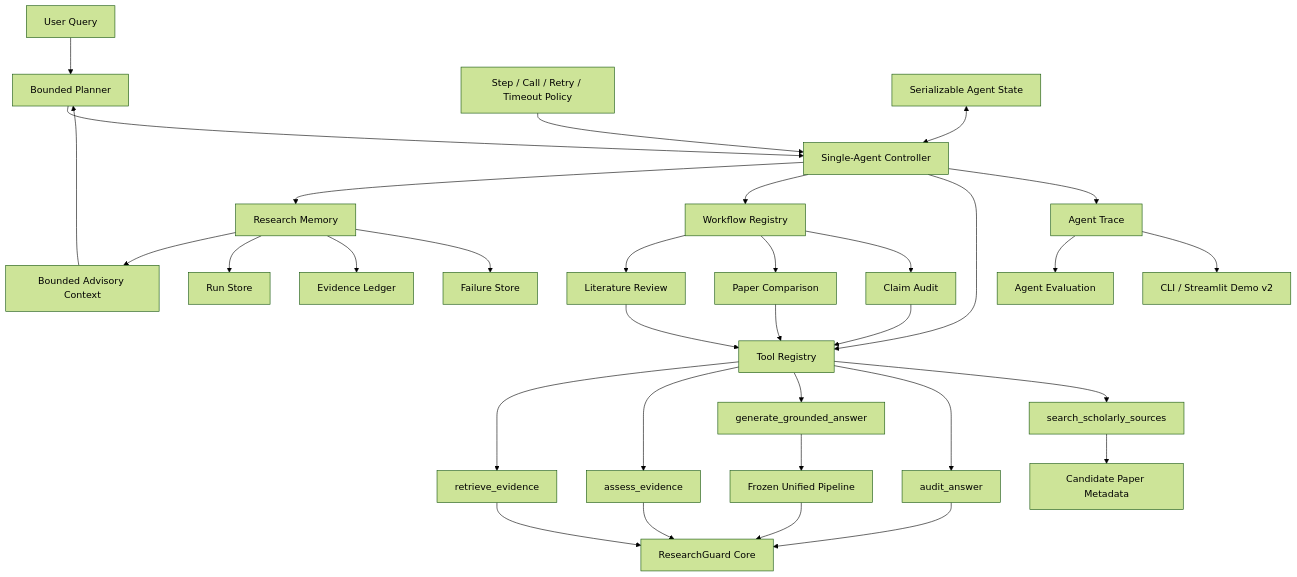
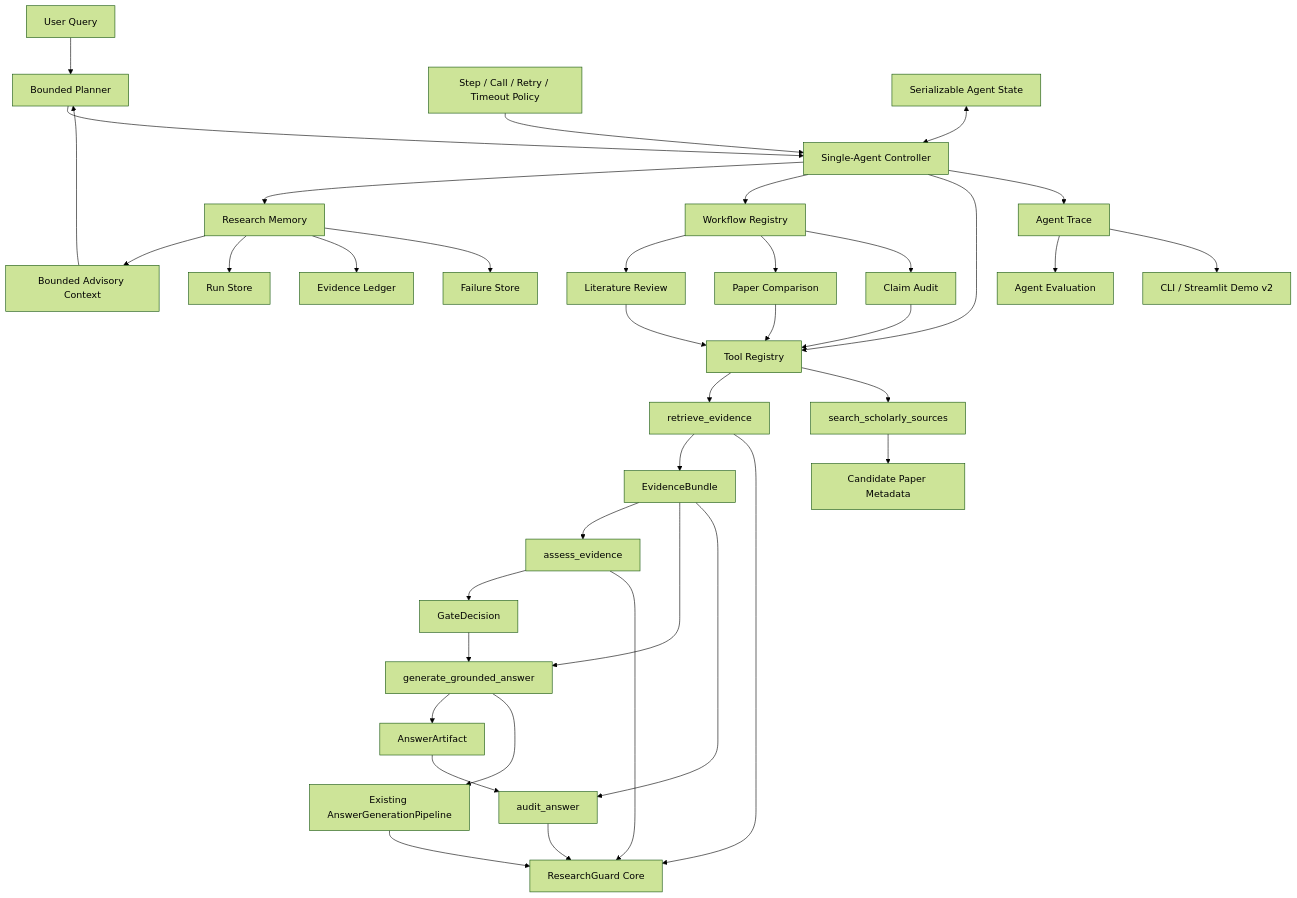
The second of 2 diagrams in README.md (Xzh1844963039/ResearchGuard-Agent), drawn with Mermaid (forest theme) before and after one commit. The commit also changed other lines of this file and 38 other files, not shown here.

````diff
--- a/README.md
+++ b/README.md
@@ -35,35 +35,40 @@
 ```mermaid
 flowchart TD
     Query["User Query"] --> Planner["Bounded Planner"]
     Planner --> Controller["Single-Agent Controller"]
     Policy["Step / Call / Retry / Timeout Policy"] --> Controller
     State["Serializable Agent State"] <--> Controller
     Controller --> Memory["Research Memory"]
     Memory --> Context["Bounded Advisory Context"]
     Context --> Planner
     Memory --> RunStore["Run Store"]
     Memory --> Ledger["Evidence Ledger"]
     Memory --> FailureStore["Failure Store"]
     Controller --> WorkflowRegistry["Workflow Registry"]
     Controller --> Registry["Tool Registry"]
     WorkflowRegistry --> Review["Literature Review"]
     WorkflowRegistry --> Compare["Paper Comparison"]
     WorkflowRegistry --> Claim["Claim Audit"]
     Review --> Registry
     Compare --> Registry
     Claim --> Registry
     Registry --> RetrievalTool["retrieve_evidence"]
-    Registry --> EvidenceTool["assess_evidence"]
-    Registry --> AnswerTool["generate_grounded_answer"]
-    Registry --> AuditTool["audit_answer"]
+    RetrievalTool --> Bundle["EvidenceBundle"]
+    Bundle --> EvidenceTool["assess_evidence"]
+    EvidenceTool --> GateDecision["GateDecision"]
+    Bundle --> AnswerTool["generate_grounded_answer"]
+    GateDecision --> AnswerTool
+    AnswerTool --> Artifact["AnswerArtifact"]
+    Artifact --> AuditTool["audit_answer"]
+    Bundle --> AuditTool
     Registry --> ScholarTool["search_scholarly_sources"]
     RetrievalTool --> Core["ResearchGuard Core"]
     EvidenceTool --> Core
-    AnswerTool --> Pipeline["Frozen Unified Pipeline"]
+    AnswerTool --> Generator["Existing AnswerGenerationPipeline"]
     AuditTool --> Core
     ScholarTool --> Candidates["Candidate Paper Metadata"]
-    Pipeline --> Core
+    Generator --> Core
     Controller --> Trace["Agent Trace"]
     Trace --> Evaluation["Agent Evaluation"]
     Trace --> Demo["CLI / Streamlit Demo v2"]
 ```
````
